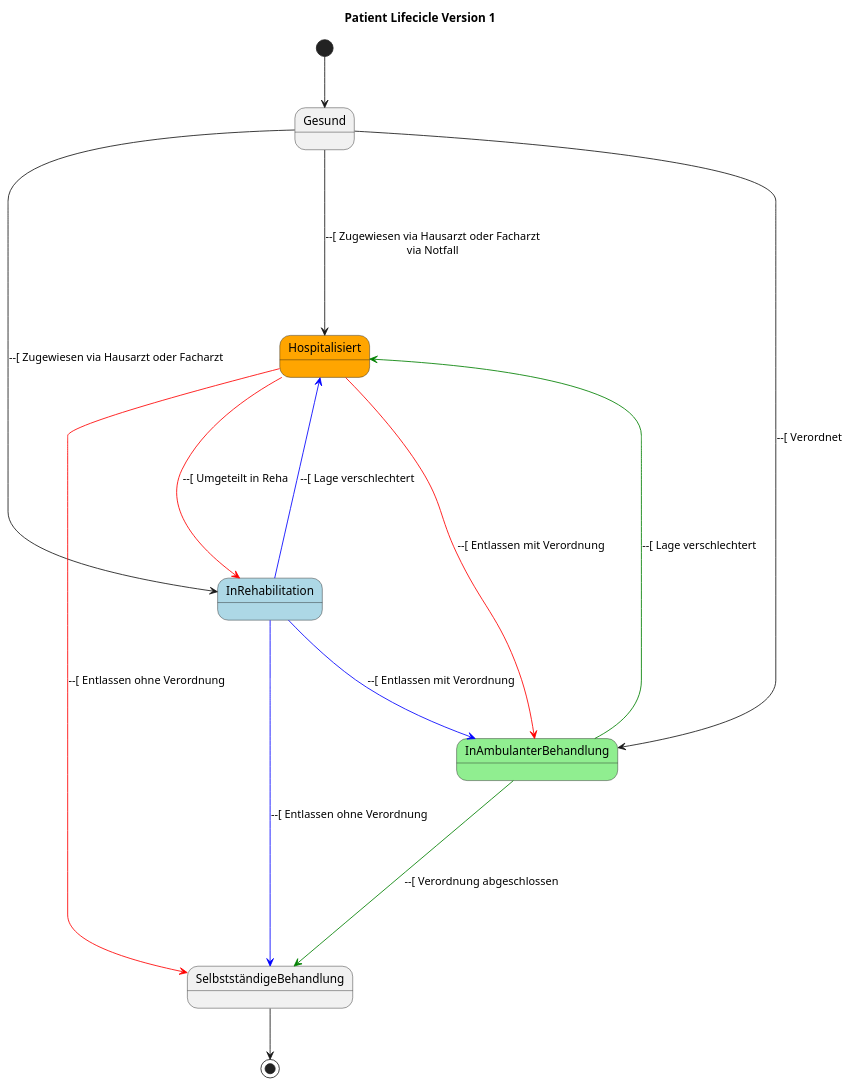
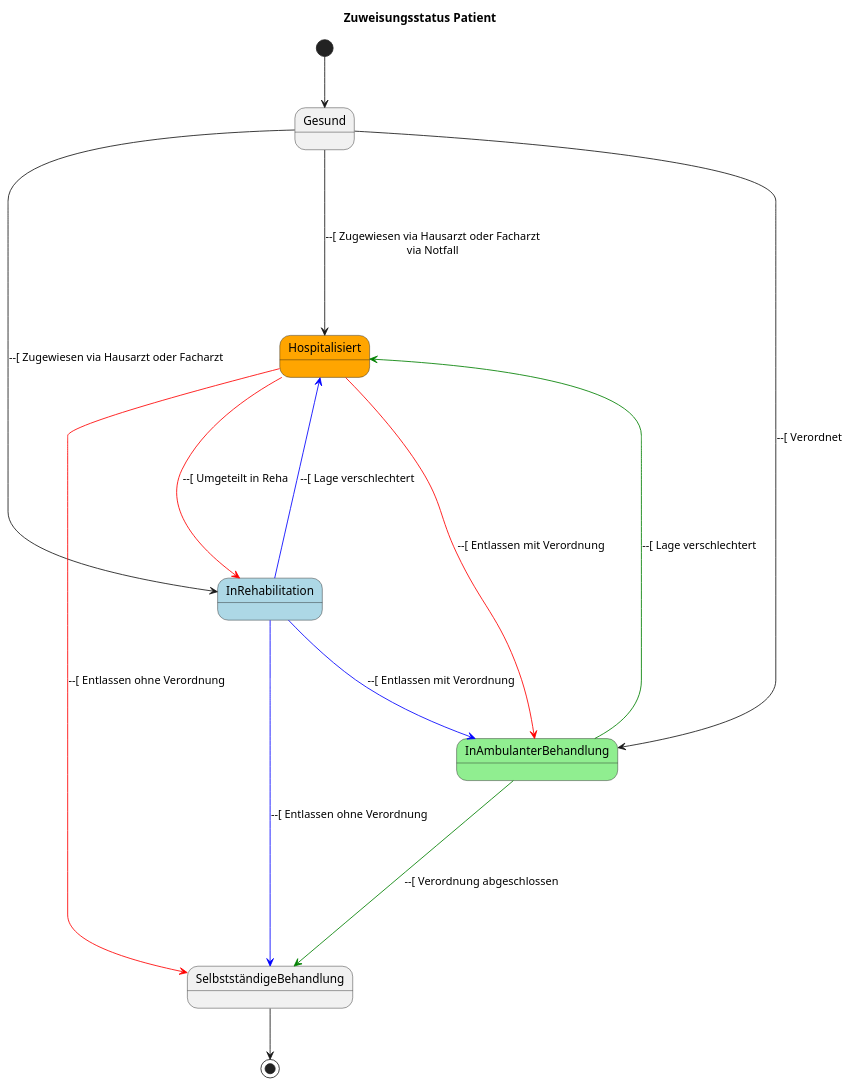
The diagram in arc42_documentation/additional_diagrams/life_cycle_patient.puml (markuskaufmann/CAS_SA_Transfer), drawn with PlantUML before and after one commit. The commit also changed 1 other file, not shown here.

Commit message:
#39 Add titles to diagrams

```diff
--- a/arc42_documentation/additional_diagrams/life_cycle_patient.puml
+++ b/arc42_documentation/additional_diagrams/life_cycle_patient.puml
@@ -1,28 +1,28 @@
 @startuml Therapie Lifecicle
-title Patient Lifecicle Version 1
+title Zuweisungsstatus Patient
 
 State Gesund
 State Hospitalisiert #Orange
 State InAmbulanterBehandlung #LightGreen
 State InRehabilitation #LightBlue
 
 [*] --> Gesund
 
 Gesund ---->  Hospitalisiert : --[ Zugewiesen via Hausarzt oder Facharzt\nvia Notfall
 Gesund ---->  InRehabilitation : --[ Zugewiesen via Hausarzt oder Facharzt
 Gesund ---->  InAmbulanterBehandlung : --[ Verordnet
 
 Hospitalisiert --[#Red]--> InRehabilitation : --[ Umgeteilt in Reha
 Hospitalisiert --[#Red]--> InAmbulanterBehandlung : --[ Entlassen mit Verordnung
 Hospitalisiert --[#Red]--> SelbstständigeBehandlung : --[ Entlassen ohne Verordnung
 
 InRehabilitation --[#Blue]-> InAmbulanterBehandlung : --[ Entlassen mit Verordnung
 InRehabilitation --[#Blue]--> Hospitalisiert : --[ Lage verschlechtert
 InRehabilitation --[#Blue]--> SelbstständigeBehandlung : --[ Entlassen ohne Verordnung
 
 InAmbulanterBehandlung --[#Green]--> Hospitalisiert : --[ Lage verschlechtert
 InAmbulanterBehandlung --[#Green]--> SelbstständigeBehandlung : --[ Verordnung abgeschlossen
 
 SelbstständigeBehandlung --> [*]
 
 @enduml
```
